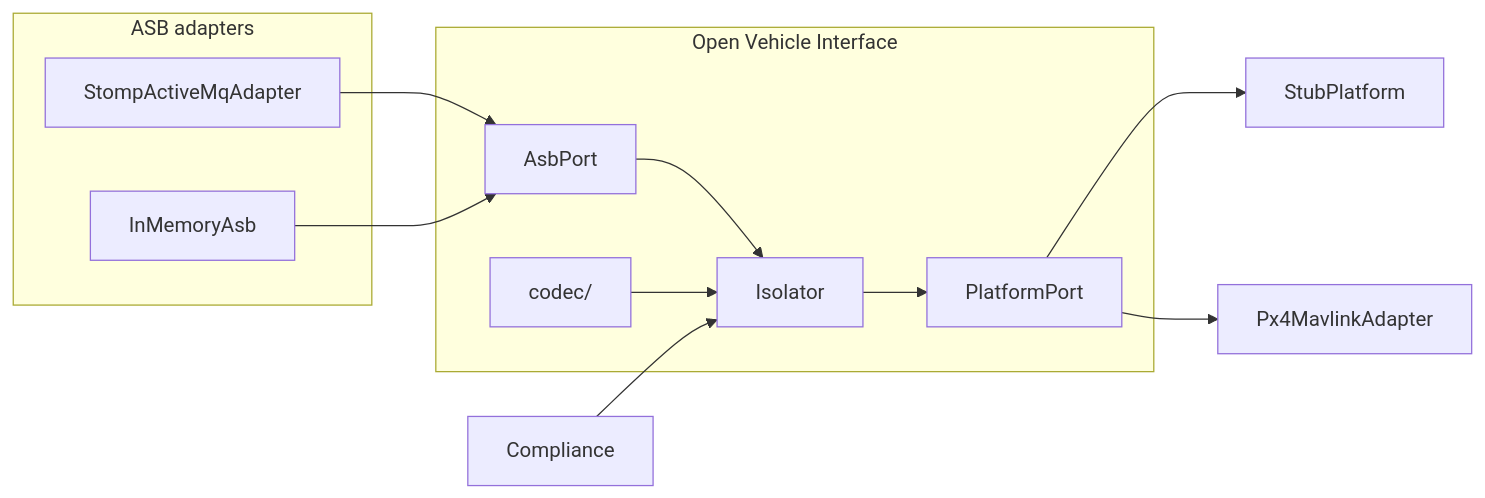
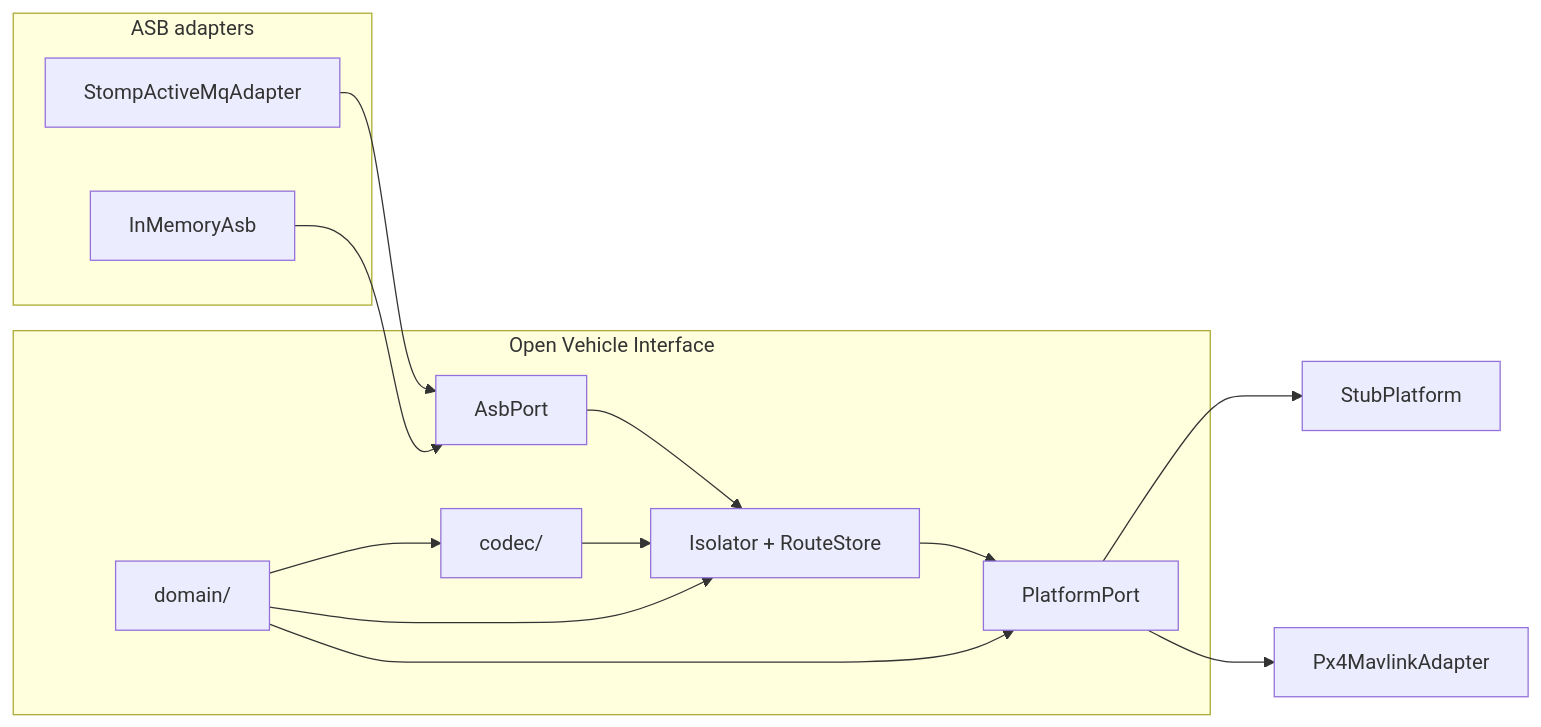
The second of 2 diagrams in docs/ARCHITECTURE.md (OpenAutonomy/open-vi), drawn with Mermaid before and after one commit. The commit also changed other lines of this file and 49 other files, not shown here.

First line of the commit message:
Make Isolator own A-GRA sequences so a public 0.1.0 has a small vehicle port.

````diff
--- a/docs/ARCHITECTURE.md
+++ b/docs/ARCHITECTURE.md
@@ -54,26 +55,29 @@
 ```mermaid
 flowchart LR
-  subgraph adapters ["ASB adapters"]
+  subgraph asb ["ASB adapters"]
     Stomp["StompActiveMqAdapter"]
     Mem["InMemoryAsb"]
   end
 
   subgraph openvi ["Open Vehicle Interface"]
     AsbPort["AsbPort"]
     Codec["codec/"]
-    Isolator["Isolator"]
+    Domain["domain/"]
+    Isolator["Isolator + RouteStore"]
     PlatPort["PlatformPort"]
   end
 
   Stub["StubPlatform"]
   Px4["Px4MavlinkAdapter"]
 
   Stomp --> AsbPort
   Mem --> AsbPort
   AsbPort --> Isolator
+  Domain --> Codec
+  Domain --> Isolator
+  Domain --> PlatPort
   Codec --> Isolator
-  Compliance --> Isolator
   Isolator --> PlatPort
   PlatPort --> Stub
   PlatPort --> Px4
 ```
````
